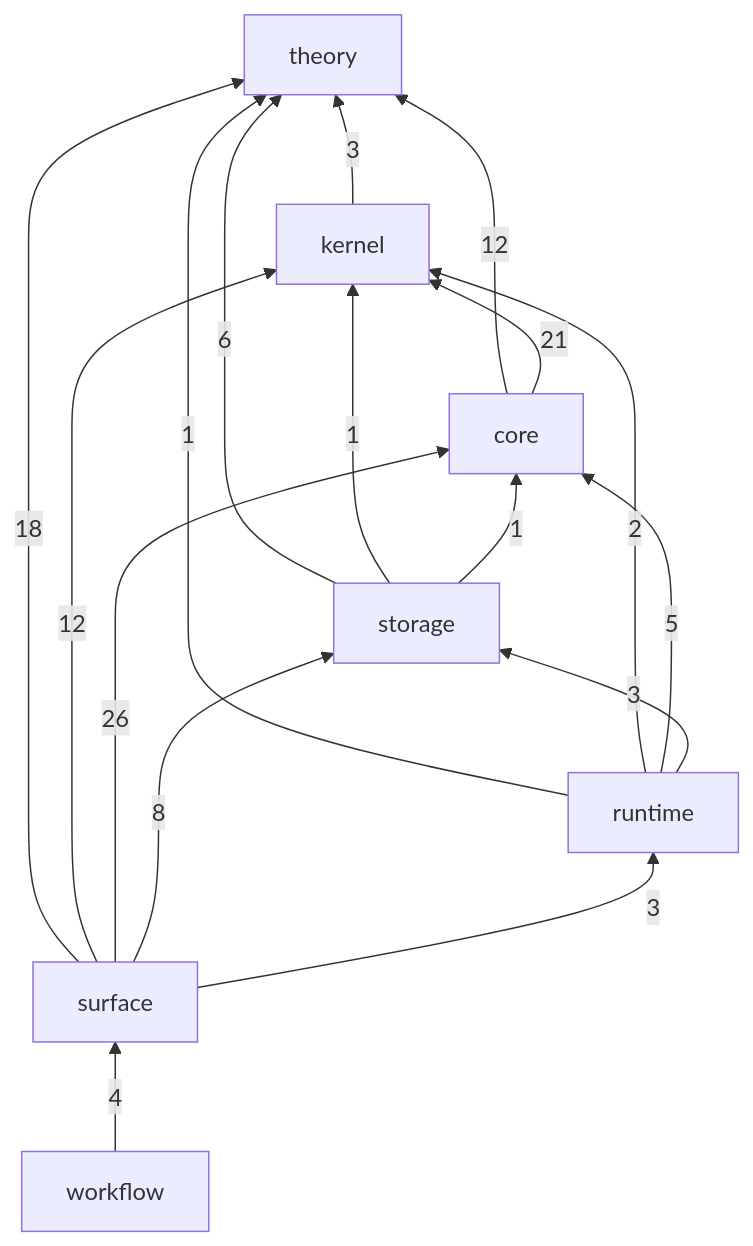
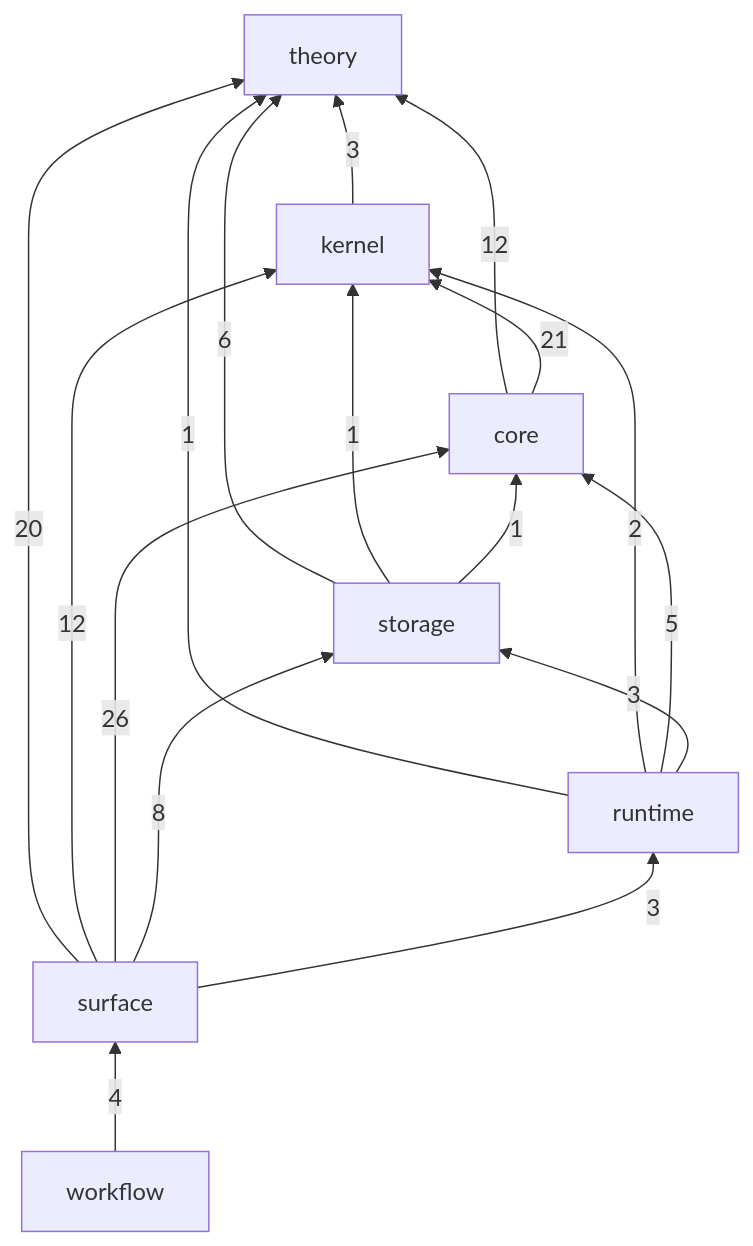
One commit to gandr-lang/gandr changed the diagram in ledger/README.md. Above: the diagram before and after it, drawn with Mermaid. The commit also changed 61 other files, not shown here.

````diff
--- a/ledger/README.md
+++ b/ledger/README.md
@@ -28,26 +28,26 @@
 ```mermaid
 flowchart BT
   theory
   kernel
   core
   storage
   runtime
   surface
   workflow
   kernel -->|3| theory
   core -->|12| theory
   core -->|21| kernel
   storage -->|6| theory
   storage -->|1| kernel
   storage -->|1| core
   runtime -->|1| theory
   runtime -->|2| kernel
   runtime -->|5| core
   runtime -->|3| storage
-  surface -->|18| theory
+  surface -->|20| theory
   surface -->|12| kernel
   surface -->|26| core
   surface -->|8| storage
   surface -->|3| runtime
   workflow -->|4| surface
 ```
````
